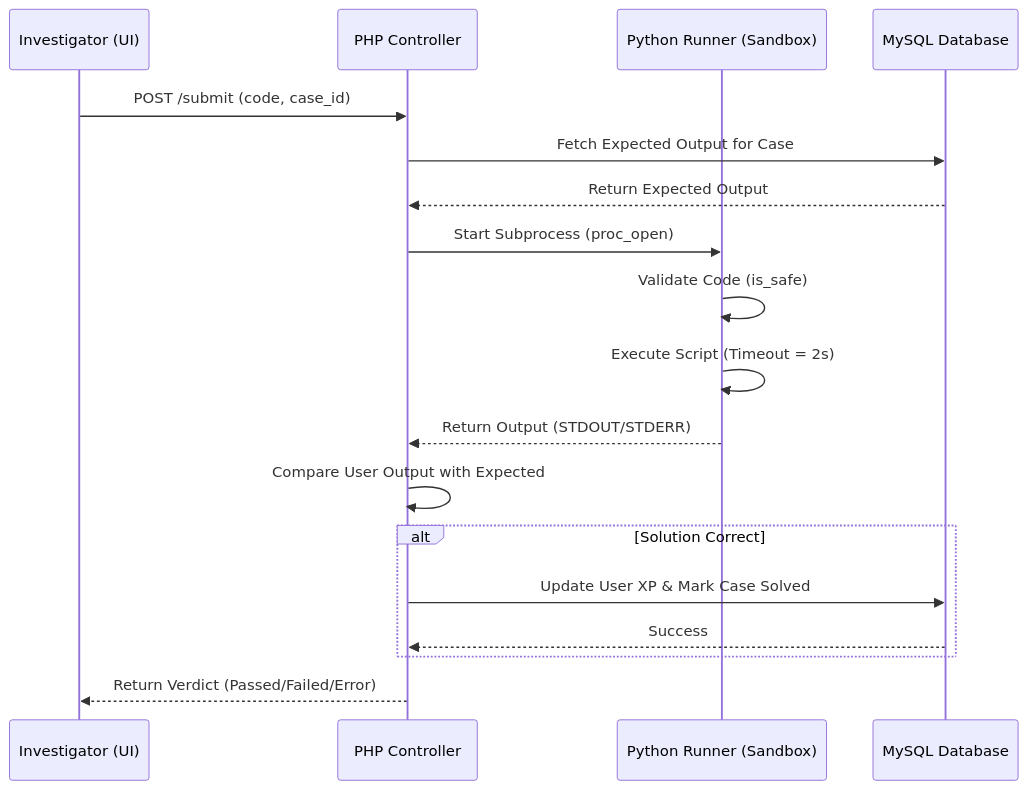
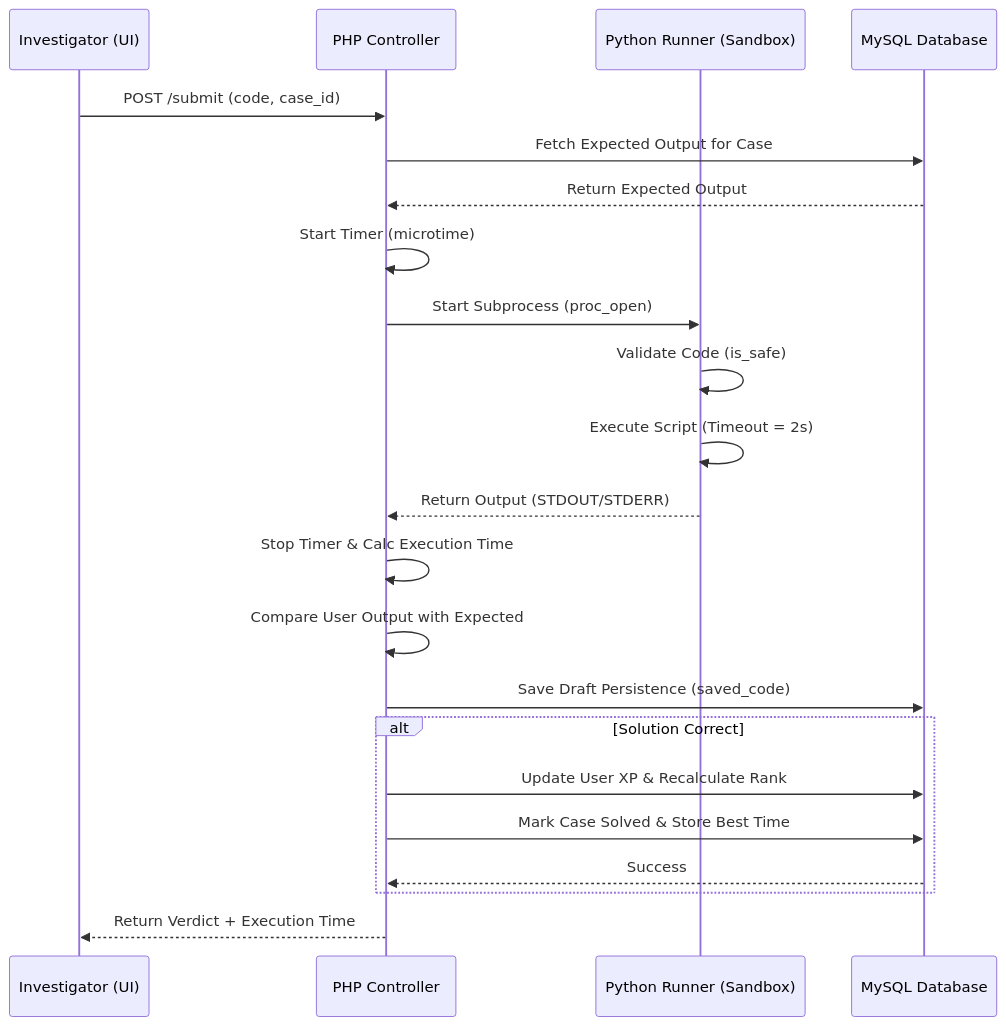
One commit to ALFRED-OP/Python-Detective-Game changed the fourth of 6 diagrams in docs/architecture_and_design.md. Above: the diagram before and after it, drawn with Mermaid. The commit also changed other lines of this file and 1 other file, not shown here.

Commit message:
feat: Add a comprehensive architecture and design document and update the README to reflect new features.

````diff
--- a/docs/architecture_and_design.md
+++ b/docs/architecture_and_design.md
@@ -123,21 +131,25 @@
 ```mermaid
 sequenceDiagram
     participant User as Investigator (UI)
     participant API as PHP Controller
     participant Engine as Python Runner (Sandbox)
     participant DB as MySQL Database
 
     User->>API: POST /submit (code, case_id)
     API->>DB: Fetch Expected Output for Case
     DB-->>API: Return Expected Output
+    API->>API: Start Timer (microtime)
     API->>Engine: Start Subprocess (proc_open)
     Engine->>Engine: Validate Code (is_safe)
     Engine->>Engine: Execute Script (Timeout = 2s)
     Engine-->>API: Return Output (STDOUT/STDERR)
+    API->>API: Stop Timer & Calc Execution Time
     API->>API: Compare User Output with Expected
+    API->>DB: Save Draft Persistence (saved_code)
     alt Solution Correct
-        API->>DB: Update User XP & Mark Case Solved
+        API->>DB: Update User XP & Recalculate Rank
+        API->>DB: Mark Case Solved & Store Best Time
         DB-->>API: Success
     end
-    API-->>User: Return Verdict (Passed/Failed/Error)
+    API-->>User: Return Verdict + Execution Time
 ```
````
